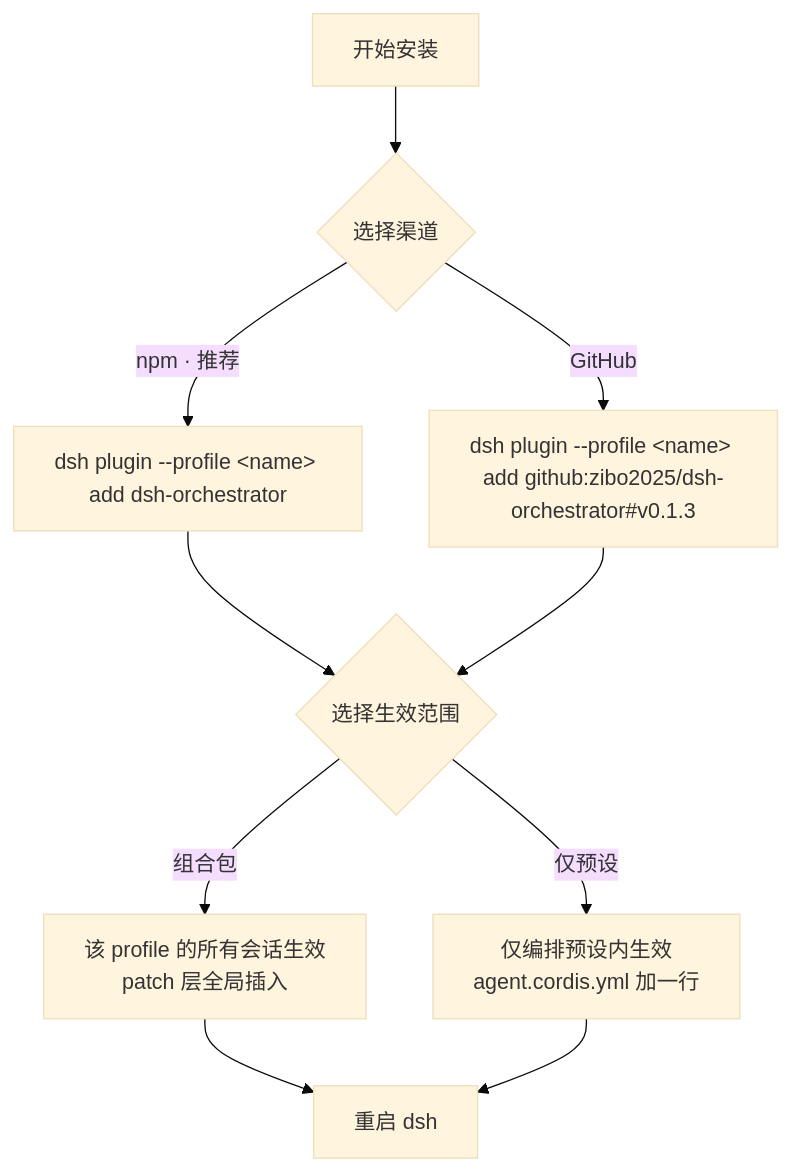
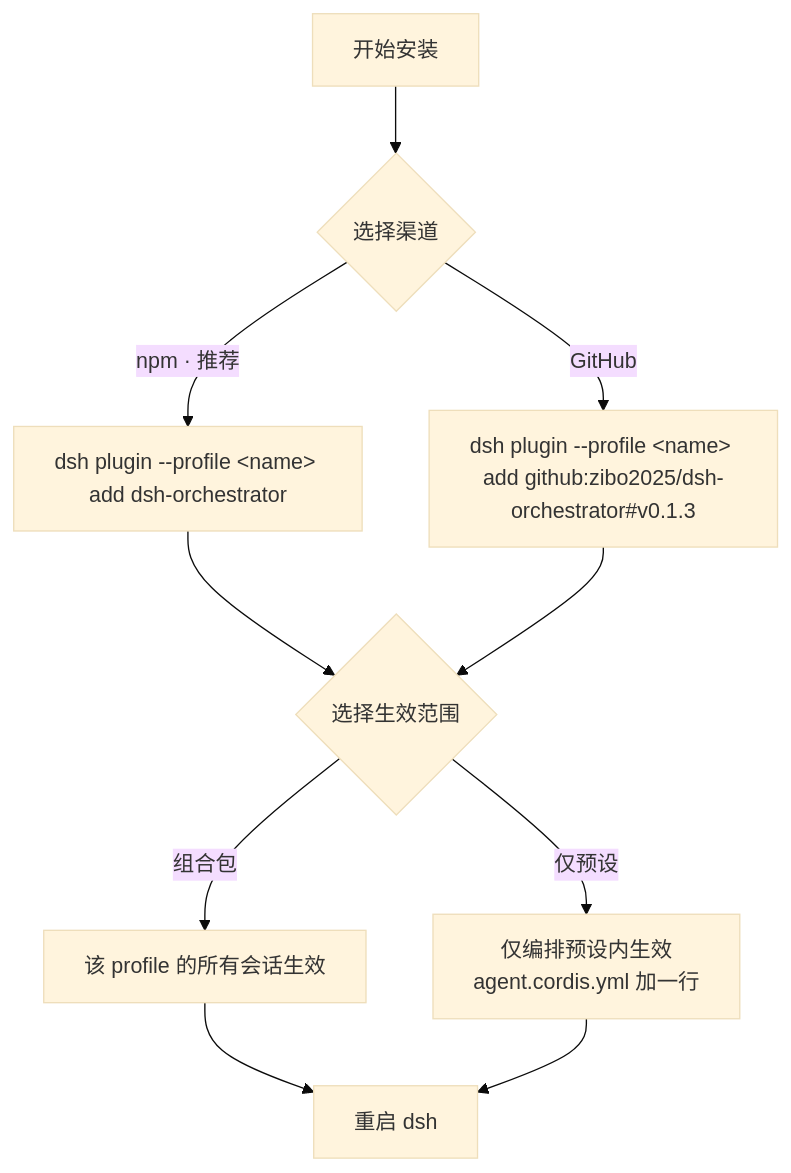
The second of 2 diagrams in README.md (zibo2025/dsh-agent-mesh), drawn with Mermaid (base theme) before and after one commit. The commit also changed other lines of this file, not shown here.

````diff
--- a/README.md
+++ b/README.md
@@ -55,12 +45,12 @@
 ```mermaid
 flowchart TD
     A[开始安装] --> B{选择渠道}
     B -- npm · 推荐 --> C["dsh plugin --profile &lt;name&gt; add dsh-orchestrator"]
     B -- GitHub --> D["dsh plugin --profile &lt;name&gt; add github:zibo2025/dsh-orchestrator#v0.1.3"]
     C --> E{选择生效范围}
     D --> E
-    E -- 组合包 --> F[该 profile 的所有会话生效<br/>patch 层全局插入]
+    E -- 组合包 --> F[该 profile 的所有会话生效]
     E -- 仅预设 --> G[仅编排预设内生效<br/>agent.cordis.yml 加一行]
     F --> H[重启 dsh]
     G --> H
 ```
````
